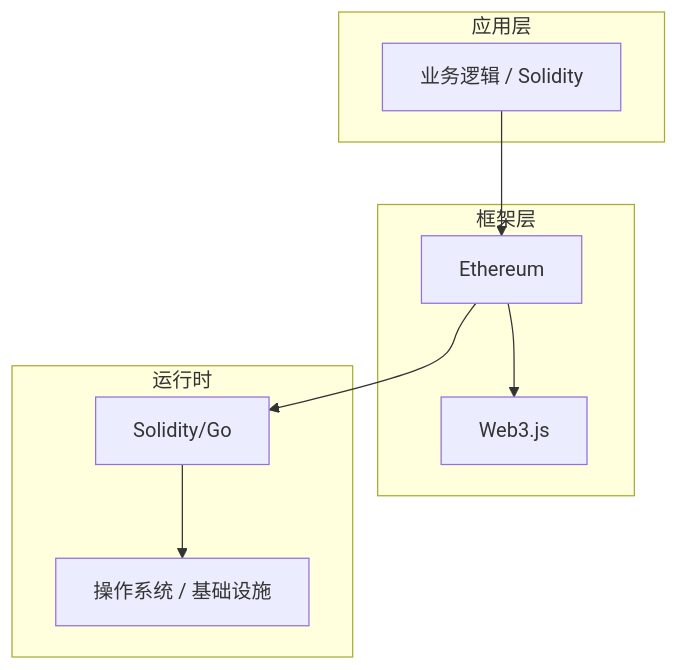
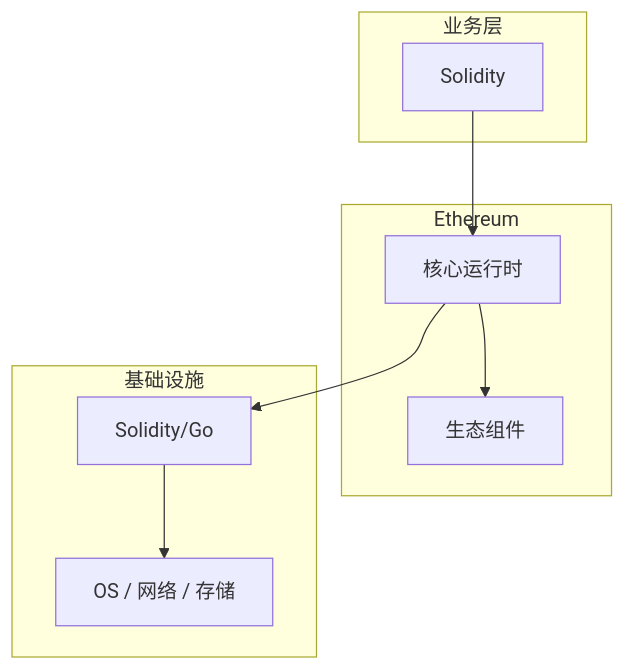
The diagram in articles/区块链/chapters/031-Solidity核心概念与原理.md (yanggan2015/knowledge-json-v2), drawn with Mermaid before and after one commit. The commit also changed other lines of this file and 10127 other files, not shown here.

````diff
--- a/articles/区块链/chapters/031-Solidity核心概念与原理.md
+++ b/articles/区块链/chapters/031-Solidity核心概念与原理.md
@@ -45,18 +30,18 @@
 ```mermaid
 graph TB
-    subgraph 应用层
-        A[业务逻辑 / Solidity]
+    subgraph 业务层
+        A[Solidity]
     end
-    subgraph 框架层
-        B[Ethereum]
-        C[Web3.js]
+    subgraph Ethereum
+        B[核心运行时]
+        C[生态组件]
     end
-    subgraph 运行时
+    subgraph 基础设施
         D[Solidity/Go]
-        E[操作系统 / 基础设施]
+        E[OS / 网络 / 存储]
     end
     A --> B
     B --> C
     B --> D
     D --> E
 ```
````
